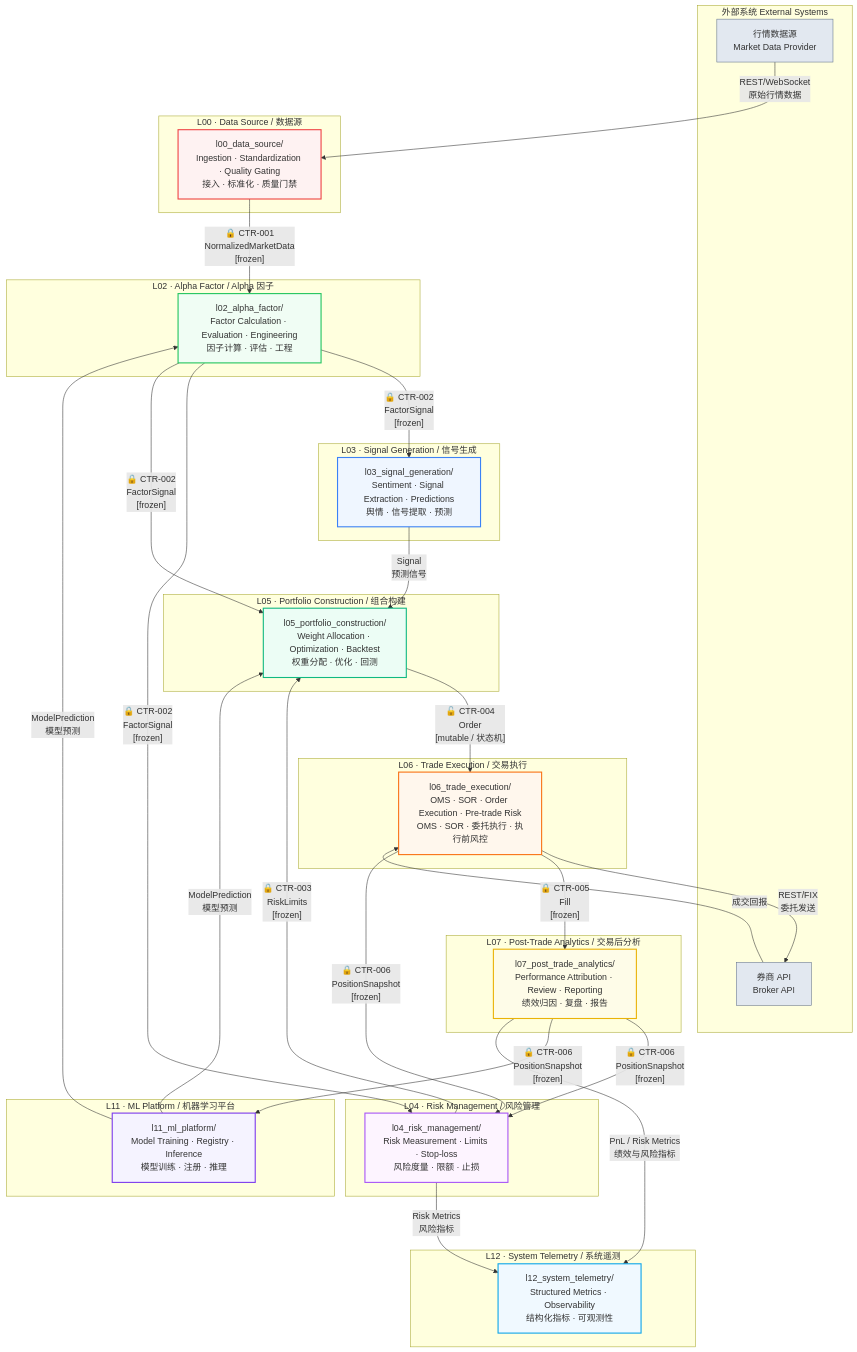
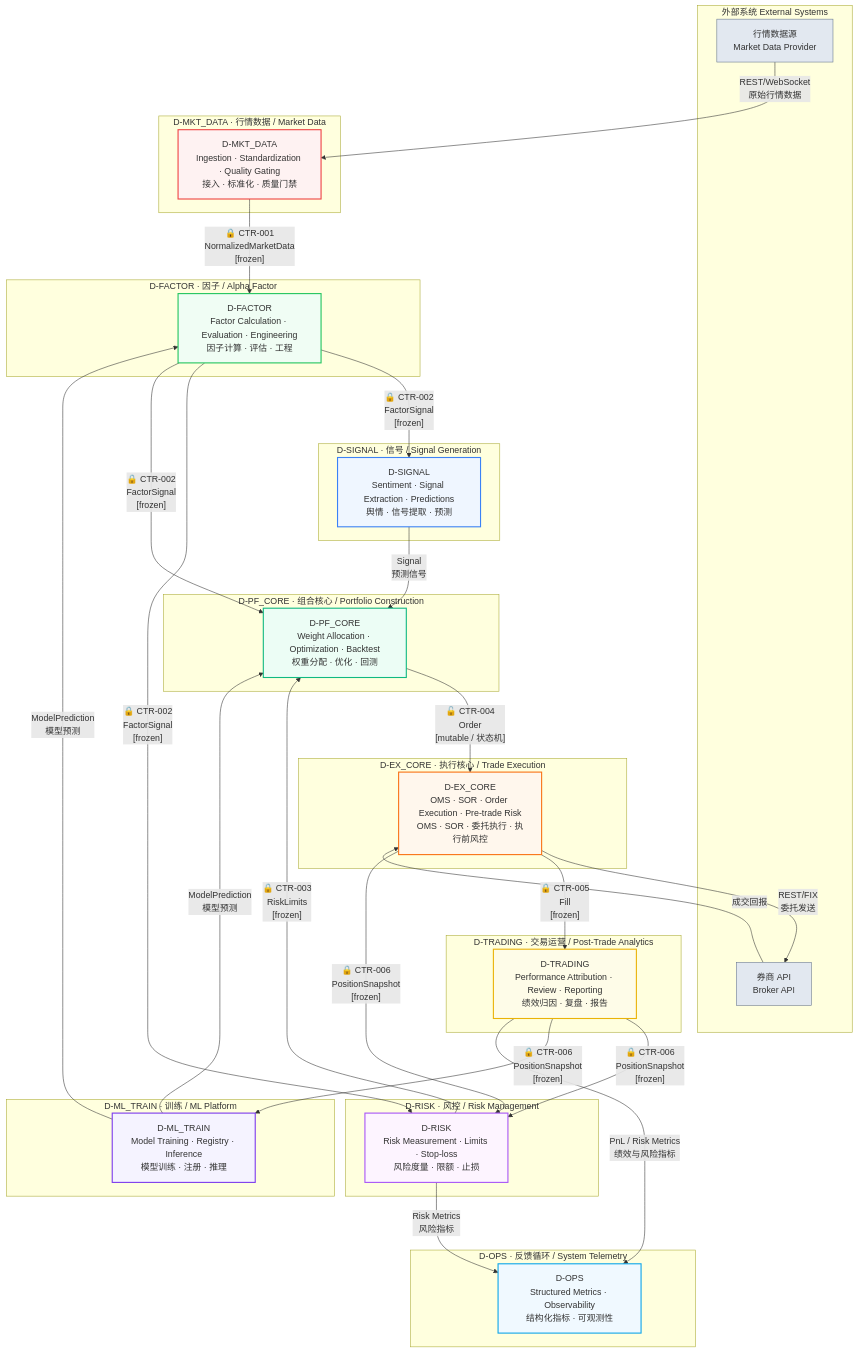
The diagram in docs/02_enterprise_architecture/target_architecture/diagrams/data_flow.mmd (xuanFelixVan/ZephyrAlpha), drawn with Mermaid before and after one commit. The commit also changed 9 other files, not shown here.

First line of the commit message:
feat(DM-200913): Phase4-B 重写9个14层图表为52域派生

```diff
--- a/docs/02_enterprise_architecture/target_architecture/diagrams/data_flow.mmd
+++ b/docs/02_enterprise_architecture/target_architecture/diagrams/data_flow.mmd
@@ -1,112 +1,116 @@
+%% 重写时间: 2026-06-23 (DM-200913 Phase4-B)
+%% 基于§2.1裁定: 14层降级为域属性，52域为唯一物理分类体系
+%% 数据源: depgraph.db
+%% 图例: 🔒 = frozen (不可变契约) | 🔓 = mutable (可变契约，状态机)
+%% 契约真源: architecture_model/contracts/cross_layer_contracts.yaml
+
 %%{init: {'theme': 'default'}}%%
 %% Data Flow Diagram — ZephyrAlpha 2.0 Core Pipeline
-%% 升级记录：2026-05-04 — 从旧编号体系(DS/RF/ML/SP/EX/RP)迁移到14层体系(L00-L07)
-%% 显式标注 P0 跨层数据契约 CTR-001~CTR-006 作为架构承重墙
-%% 契约真源：architecture_model/contracts/cross_layer_contracts.yaml
-%% 图例：🔒 = frozen (不可变契约)  |  🔓 = mutable (可变契约，状态机)
+%% v2.0.0: 14层节点→52域节点，保留P0跨层契约标注
+
 flowchart TD
     subgraph External["外部系统 External Systems"]
         MD["行情数据源<br/>Market Data Provider"]
         BK["券商 API<br/>Broker API"]
     end
 
-    subgraph L00_Layer["L00 · Data Source / 数据源"]
-        L00["l00_data_source/<br/>Ingestion · Standardization · Quality Gating<br/>接入 · 标准化 · 质量门禁"]
+    subgraph D_MKT_DATA_Grp["D-MKT_DATA · 行情数据 / Market Data"]
+        D_MKT_DATA["D-MKT_DATA<br/>Ingestion · Standardization · Quality Gating<br/>接入 · 标准化 · 质量门禁"]
     end
 
-    subgraph L02_Layer["L02 · Alpha Factor / Alpha 因子"]
-        L02["l02_alpha_factor/<br/>Factor Calculation · Evaluation · Engineering<br/>因子计算 · 评估 · 工程"]
+    subgraph D_FACTOR_Grp["D-FACTOR · 因子 / Alpha Factor"]
+        D_FACTOR["D-FACTOR<br/>Factor Calculation · Evaluation · Engineering<br/>因子计算 · 评估 · 工程"]
     end
 
-    subgraph L03_Layer["L03 · Signal Generation / 信号生成"]
-        L03["l03_signal_generation/<br/>Sentiment · Signal Extraction · Predictions<br/>舆情 · 信号提取 · 预测"]
+    subgraph D_SIGNAL_Grp["D-SIGNAL · 信号 / Signal Generation"]
+        D_SIGNAL["D-SIGNAL<br/>Sentiment · Signal Extraction · Predictions<br/>舆情 · 信号提取 · 预测"]
     end
 
-    subgraph L04_Layer["L04 · Risk Management / 风险管理"]
-        L04["l04_risk_management/<br/>Risk Measurement · Limits · Stop-loss<br/>风险度量 · 限额 · 止损"]
+    subgraph D_RISK_Grp["D-RISK · 风控 / Risk Management"]
+        D_RISK["D-RISK<br/>Risk Measurement · Limits · Stop-loss<br/>风险度量 · 限额 · 止损"]
     end
 
-    subgraph L05_Layer["L05 · Portfolio Construction / 组合构建"]
-        L05["l05_portfolio_construction/<br/>Weight Allocation · Optimization · Backtest<br/>权重分配 · 优化 · 回测"]
+    subgraph D_PF_CORE_Grp["D-PF_CORE · 组合核心 / Portfolio Construction"]
+        D_PF_CORE["D-PF_CORE<br/>Weight Allocation · Optimization · Backtest<br/>权重分配 · 优化 · 回测"]
     end
 
-    subgraph L06_Layer["L06 · Trade Execution / 交易执行"]
-        L06["l06_trade_execution/<br/>OMS · SOR · Order Execution · Pre-trade Risk<br/>OMS · SOR · 委托执行 · 执行前风控"]
+    subgraph D_EX_CORE_Grp["D-EX_CORE · 执行核心 / Trade Execution"]
+        D_EX_CORE["D-EX_CORE<br/>OMS · SOR · Order Execution · Pre-trade Risk<br/>OMS · SOR · 委托执行 · 执行前风控"]
     end
 
-    subgraph L07_Layer["L07 · Post-Trade Analytics / 交易后分析"]
-        L07["l07_post_trade_analytics/<br/>Performance Attribution · Review · Reporting<br/>绩效归因 · 复盘 · 报告"]
+    subgraph D_TRADING_Grp["D-TRADING · 交易运营 / Post-Trade Analytics"]
+        D_TRADING["D-TRADING<br/>Performance Attribution · Review · Reporting<br/>绩效归因 · 复盘 · 报告"]
     end
 
-    subgraph L11_Layer["L11 · ML Platform / 机器学习平台"]
-        L11["l11_ml_platform/<br/>Model Training · Registry · Inference<br/>模型训练 · 注册 · 推理"]
+    subgraph D_ML_TRAIN_Grp["D-ML_TRAIN · 训练 / ML Platform"]
+        D_ML_TRAIN["D-ML_TRAIN<br/>Model Training · Registry · Inference<br/>模型训练 · 注册 · 推理"]
     end
 
-    subgraph L12_Layer["L12 · System Telemetry / 系统遥测"]
-        L12["l12_system_telemetry/<br/>Structured Metrics · Observability<br/>结构化指标 · 可观测性"]
+    subgraph D_OPS_Grp["D-OPS · 反馈循环 / System Telemetry"]
+        D_OPS["D-OPS<br/>Structured Metrics · Observability<br/>结构化指标 · 可观测性"]
     end
 
-    %% External → L00
-    MD -->|"REST/WebSocket<br/>原始行情数据"| L00
+    %% External → D-MKT_DATA
+    MD -->|"REST/WebSocket<br/>原始行情数据"| D_MKT_DATA
 
-    %% L00 → L02: CTR-001 NormalizedMarketData (frozen)
-    L00 -->|"🔒 CTR-001<br/>NormalizedMarketData<br/>[frozen]"| L02
+    %% D-MKT_DATA → D-FACTOR: CTR-001 NormalizedMarketData (frozen)
+    D_MKT_DATA -->|"🔒 CTR-001<br/>NormalizedMarketData<br/>[frozen]"| D_FACTOR
 
-    %% L02 → L03: CTR-002 FactorSignal (frozen)
-    L02 -->|"🔒 CTR-002<br/>FactorSignal<br/>[frozen]"| L03
+    %% D-FACTOR → D-SIGNAL: CTR-002 FactorSignal (frozen)
+    D_FACTOR -->|"🔒 CTR-002<br/>FactorSignal<br/>[frozen]"| D_SIGNAL
 
-    %% L02 → L04: CTR-002 FactorSignal (frozen)
-    L02 -->|"🔒 CTR-002<br/>FactorSignal<br/>[frozen]"| L04
+    %% D-FACTOR → D-RISK: CTR-002 FactorSignal (frozen)
+    D_FACTOR -->|"🔒 CTR-002<br/>FactorSignal<br/>[frozen]"| D_RISK
 
-    %% L02 → L05: CTR-002 FactorSignal (frozen)
-    L02 -->|"🔒 CTR-002<br/>FactorSignal<br/>[frozen]"| L05
+    %% D-FACTOR → D-PF_CORE: CTR-002 FactorSignal (frozen)
+    D_FACTOR -->|"🔒 CTR-002<br/>FactorSignal<br/>[frozen]"| D_PF_CORE
 
-    %% L03 → L05: 信号输入（非 P0 契约，内部调用）
-    L03 -->|"Signal<br/>预测信号"| L05
+    %% D-SIGNAL → D-PF_CORE: 信号输入（非 P0 契约，内部调用）
+    D_SIGNAL -->|"Signal<br/>预测信号"| D_PF_CORE
 
-    %% L04 → L05: CTR-003 RiskLimits (frozen)
-    L04 -->|"🔒 CTR-003<br/>RiskLimits<br/>[frozen]"| L05
+    %% D-RISK → D-PF_CORE: CTR-003 RiskLimits (frozen)
+    D_RISK -->|"🔒 CTR-003<br/>RiskLimits<br/>[frozen]"| D_PF_CORE
 
-    %% L05 → L06: CTR-004 Order (mutable)
-    L05 -->|"🔓 CTR-004<br/>Order<br/>[mutable / 状态机]"| L06
+    %% D-PF_CORE → D-EX_CORE: CTR-004 Order (mutable)
+    D_PF_CORE -->|"🔓 CTR-004<br/>Order<br/>[mutable / 状态机]"| D_EX_CORE
 
-    %% L06 → BK: 委托发送
-    L06 -->|"REST/FIX<br/>委托发送"| BK
-    BK -->|"成交回报"| L06
+    %% D-EX_CORE → BK: 委托发送
+    D_EX_CORE -->|"REST/FIX<br/>委托发送"| BK
+    BK -->|"成交回报"| D_EX_CORE
 
-    %% L06 → L07: CTR-005 Fill (frozen)
-    L06 -->|"🔒 CTR-005<br/>Fill<br/>[frozen]"| L07
+    %% D-EX_CORE → D-TRADING: CTR-005 Fill (frozen)
+    D_EX_CORE -->|"🔒 CTR-005<br/>Fill<br/>[frozen]"| D_TRADING
 
-    %% L06 → L04: CTR-006 PositionSnapshot (frozen) — 风控监控
-    L06 -->|"🔒 CTR-006<br/>PositionSnapshot<br/>[frozen]"| L04
+    %% D-EX_CORE → D-RISK: CTR-006 PositionSnapshot (frozen) — 风控监控
+    D_EX_CORE -->|"🔒 CTR-006<br/>PositionSnapshot<br/>[frozen]"| D_RISK
 
-    %% L07 → L04: CTR-006 PositionSnapshot (frozen) — 复盘后风险更新
-    L07 -->|"🔒 CTR-006<br/>PositionSnapshot<br/>[frozen]"| L04
+    %% D-TRADING → D-RISK: CTR-006 PositionSnapshot (frozen) — 复盘后风险更新
+    D_TRADING -->|"🔒 CTR-006<br/>PositionSnapshot<br/>[frozen]"| D_RISK
 
-    %% L07 → L11: CTR-006 PositionSnapshot (frozen) — 战略决策
-    L07 -->|"🔒 CTR-006<br/>PositionSnapshot<br/>[frozen]"| L11
+    %% D-TRADING → D-ML_TRAIN: CTR-006 PositionSnapshot (frozen) — 战略决策
+    D_TRADING -->|"🔒 CTR-006<br/>PositionSnapshot<br/>[frozen]"| D_ML_TRAIN
 
-    %% L07 → L12: 绩效指标上报
-    L07 -->|"PnL / Risk Metrics<br/>绩效与风险指标"| L12
+    %% D-TRADING → D-OPS: 绩效指标上报
+    D_TRADING -->|"PnL / Risk Metrics<br/>绩效与风险指标"| D_OPS
 
-    %% L11 → L02: 模型预测反馈
-    L11 -->|"ModelPrediction<br/>模型预测"| L02
+    %% D-ML_TRAIN → D-FACTOR: 模型预测反馈
+    D_ML_TRAIN -->|"ModelPrediction<br/>模型预测"| D_FACTOR
 
-    %% L11 → L05: 模型预测反馈
-    L11 -->|"ModelPrediction<br/>模型预测"| L05
+    %% D-ML_TRAIN → D-PF_CORE: 模型预测反馈
+    D_ML_TRAIN -->|"ModelPrediction<br/>模型预测"| D_PF_CORE
 
-    %% L04 → L12: 风险指标上报
-    L04 -->|"Risk Metrics<br/>风险指标"| L12
+    %% D-RISK → D-OPS: 风险指标上报
+    D_RISK -->|"Risk Metrics<br/>风险指标"| D_OPS
 
     %% 样式定义
-    style L00 fill:#fef2f2,stroke:#ef4444,stroke-width:2px
-    style L02 fill:#f0fdf4,stroke:#22c55e,stroke-width:2px
-    style L03 fill:#eff6ff,stroke:#3b82f6,stroke-width:2px
-    style L04 fill:#fdf4ff,stroke:#a855f7,stroke-width:2px
-    style L05 fill:#ecfdf5,stroke:#10b981,stroke-width:2px
-    style L06 fill:#fff7ed,stroke:#f97316,stroke-width:2px
-    style L07 fill:#fefce8,stroke:#eab308,stroke-width:2px
-    style L11 fill:#f5f3ff,stroke:#7c3aed,stroke-width:2px
-    style L12 fill:#f0f9ff,stroke:#0ea5e9,stroke-width:2px
+    style D_MKT_DATA fill:#fef2f2,stroke:#ef4444,stroke-width:2px
+    style D_FACTOR fill:#f0fdf4,stroke:#22c55e,stroke-width:2px
+    style D_SIGNAL fill:#eff6ff,stroke:#3b82f6,stroke-width:2px
+    style D_RISK fill:#fdf4ff,stroke:#a855f7,stroke-width:2px
+    style D_PF_CORE fill:#ecfdf5,stroke:#10b981,stroke-width:2px
+    style D_EX_CORE fill:#fff7ed,stroke:#f97316,stroke-width:2px
+    style D_TRADING fill:#fefce8,stroke:#eab308,stroke-width:2px
+    style D_ML_TRAIN fill:#f5f3ff,stroke:#7c3aed,stroke-width:2px
+    style D_OPS fill:#f0f9ff,stroke:#0ea5e9,stroke-width:2px
     style MD fill:#e2e8f0,stroke:#64748b
     style BK fill:#e2e8f0,stroke:#64748b
```
